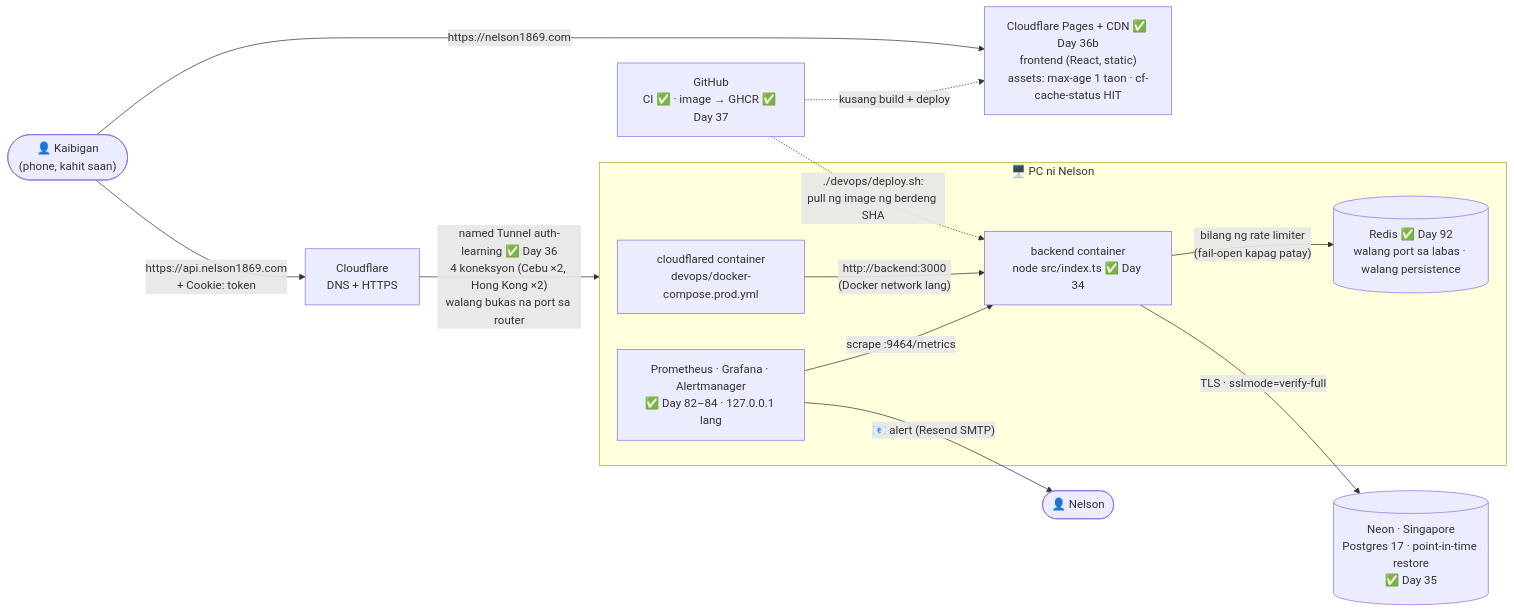
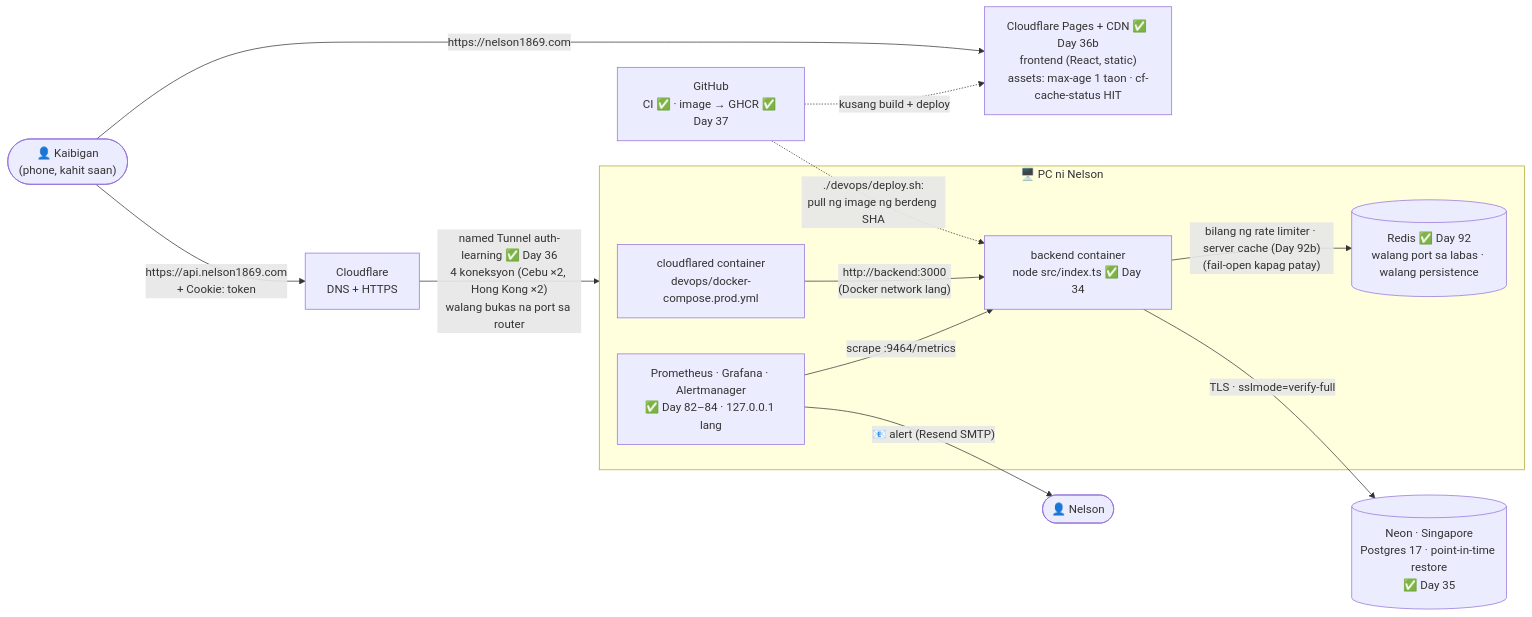
Before and after one commit to nelson1869-ai/auth-learning: the third of 4 diagrams in docs/diagrams/00-architecture.md, drawn with Mermaid. The commit also changed 14 other files, not shown here.

First line of the commit message:
docs: Day 92b — .http 37, D-036, diagram 26 (+00, 01), journal, roadmap, READMEs

````diff
--- a/docs/diagrams/00-architecture.md
+++ b/docs/diagrams/00-architecture.md
@@ -95,15 +95,15 @@
 ```mermaid
 flowchart LR
     User(["👤 Kaibigan<br/>(phone, kahit saan)"]) -->|"https://nelson1869.com"| Pages["Cloudflare Pages + CDN ✅ Day 36b<br/>frontend (React, static)<br/>assets: max-age 1 taon · cf-cache-status HIT"]
     User -->|"https://api.nelson1869.com<br/>+ Cookie: token"| Edge["Cloudflare<br/>DNS + HTTPS"]
     Edge -->|"named Tunnel auth-learning ✅ Day 36<br/>4 koneksyon (Cebu ×2, Hong Kong ×2)<br/>walang bukas na port sa router"| PC
     subgraph PC["🖥️ PC ni Nelson"]
         CFD["cloudflared container<br/>devops/docker-compose.prod.yml"] -->|"http://backend:3000<br/>(Docker network lang)"| BE["backend container<br/>node src/index.ts ✅ Day 34"]
         Prom["Prometheus · Grafana · Alertmanager<br/>✅ Day 82–84 · 127.0.0.1 lang"] -->|"scrape :9464/metrics"| BE
-        BE -->|"bilang ng rate limiter<br/>(fail-open kapag patay)"| Redis[("Redis ✅ Day 92<br/>walang port sa labas · walang persistence")]
+        BE -->|"bilang ng rate limiter · server cache (Day 92b)<br/>(fail-open kapag patay)"| Redis[("Redis ✅ Day 92<br/>walang port sa labas · walang persistence")]
     end
     Prom -->|"📧 alert (Resend SMTP)"| Me(["👤 Nelson"])
     BE -->|"TLS · sslmode=verify-full"| Neon[("Neon · Singapore<br/>Postgres 17 · point-in-time restore<br/>✅ Day 35")]
     GH["GitHub<br/>CI ✅ · image → GHCR ✅ Day 37"] -.->|"./devops/deploy.sh:<br/>pull ng image ng berdeng SHA"| BE
     GH -.->|"kusang build + deploy"| Pages
 ```
````
